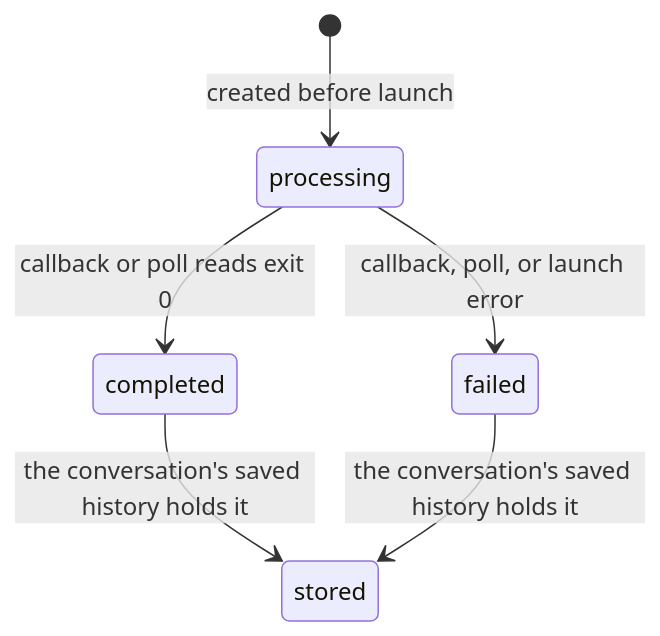
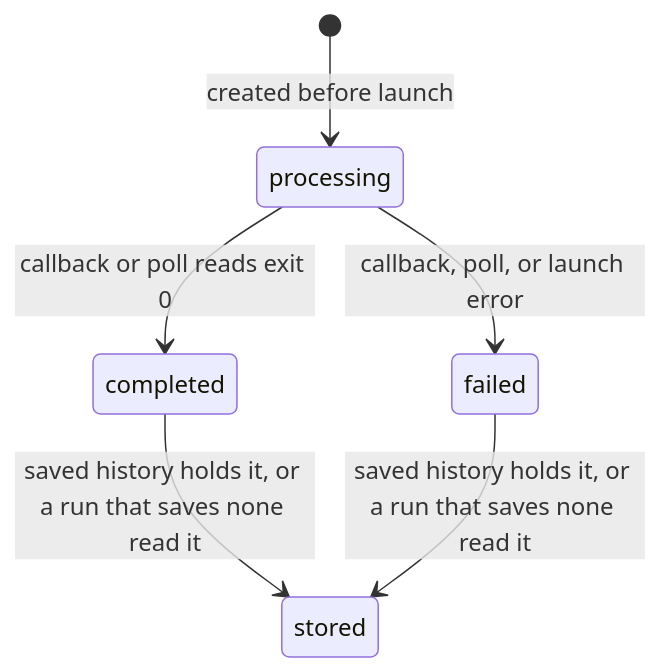
Diagram 11 of 22 in apps/docs/docs/internals/sandboxes.md (beeblastco/broods), drawn with Mermaid before and after one commit. The commit also changed 1 other file, not shown here.

Commit message:
docs(internals): match the hand-back docs to where a result is stored (#1183)
The subagent table still said a late resume is stored when it reaches its
owner, and the sandbox job diagram left out the run that saves no step.

````diff
--- a/apps/docs/docs/internals/sandboxes.md
+++ b/apps/docs/docs/internals/sandboxes.md
@@ -318,8 +318,8 @@
 ```mermaid
 stateDiagram-v2
   [*] --> processing: created before launch
   processing --> completed: callback or poll reads exit 0
   processing --> failed: callback, poll, or launch error
-  completed --> stored: the conversation's saved history holds it
-  failed --> stored: the conversation's saved history holds it
+  completed --> stored: saved history holds it, or a run that saves none read it
+  failed --> stored: saved history holds it, or a run that saves none read it
 ```
````
